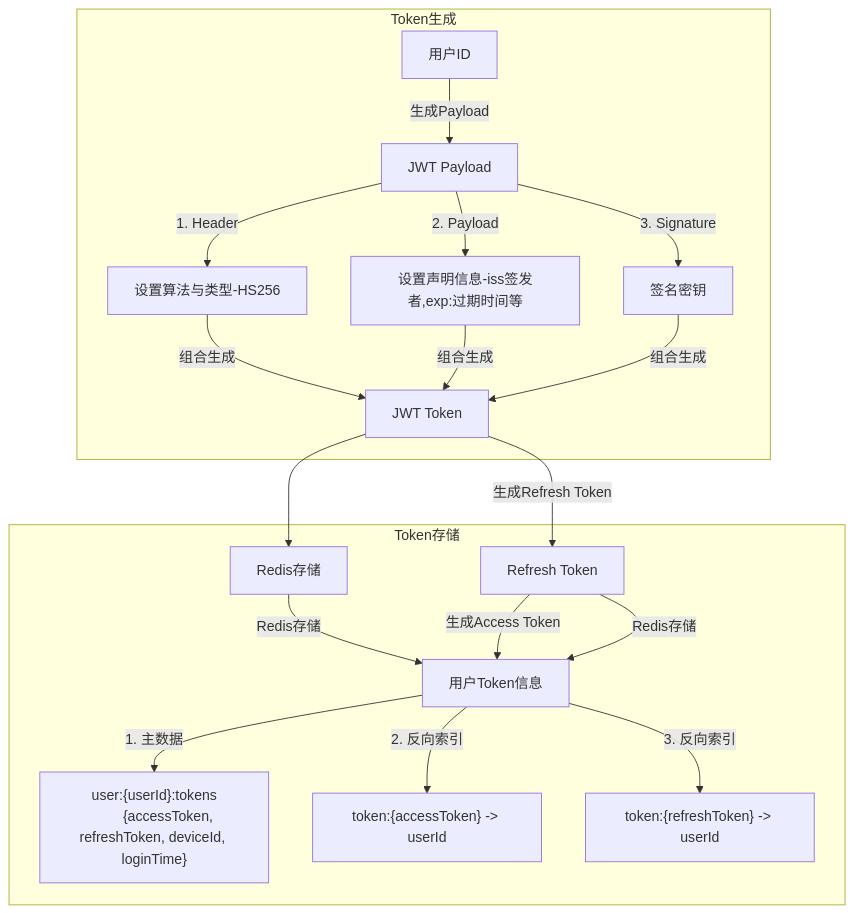
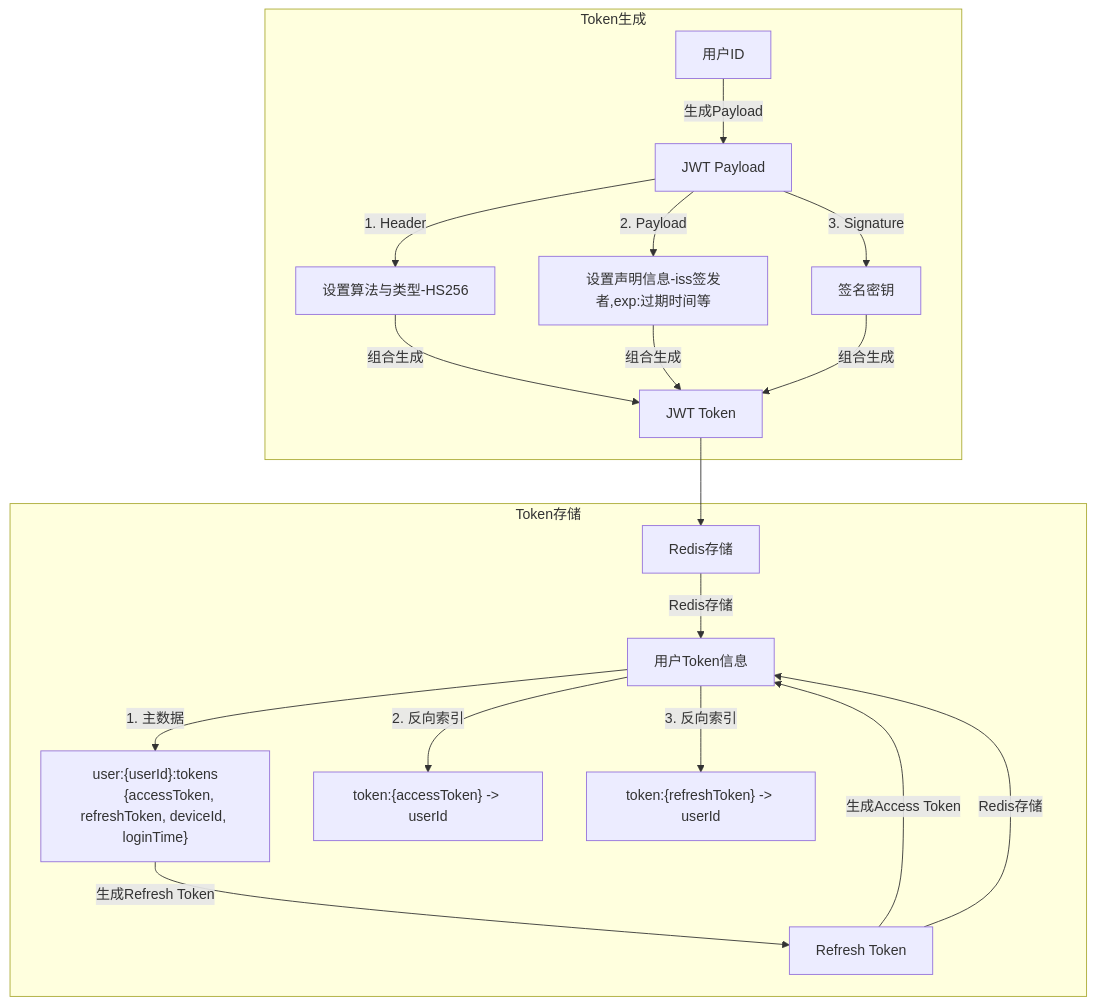
The diagram in all/未命名-15.md (yingjianzh/iodraw-files), drawn with Mermaid before and after one commit.

Commit message:
2025-01-02 18:23:36 update

````diff
--- a/all/未命名-15.md
+++ b/all/未命名-15.md
@@ -1,23 +1,23 @@
 ```mermaid
 flowchart TD
     subgraph Token生成
         A[用户ID] -->|生成Payload| B[JWT Payload]
         B -->|1. Header| C[设置算法与类型-HS256]
         B -->|2. Payload| D[设置声明信息-iss签发者,exp:过期时间等]
         B -->|3. Signature| E[签名密钥]
         C & D & E -->|组合生成| F[JWT Token]
     end
     
     subgraph Token存储
         F --> G[Redis存储]
         H -->|生成Access Token| I[Access Token]
-        F -->|生成Refresh Token| H[Refresh Token]
+        J -->|生成Refresh Token| H[Refresh Token]
         G & H -->|Redis存储| I[用户Token信息]
         I -->|1. 主数据| J["user:{userId}:tokens
         {accessToken, refreshToken, deviceId, loginTime}"]
         I -->|2. 反向索引| K["token:{accessToken} -> userId"]
         I -->|3. 反向索引| L["token:{refreshToken} -> userId"]
     end
     
     
 ```
````
